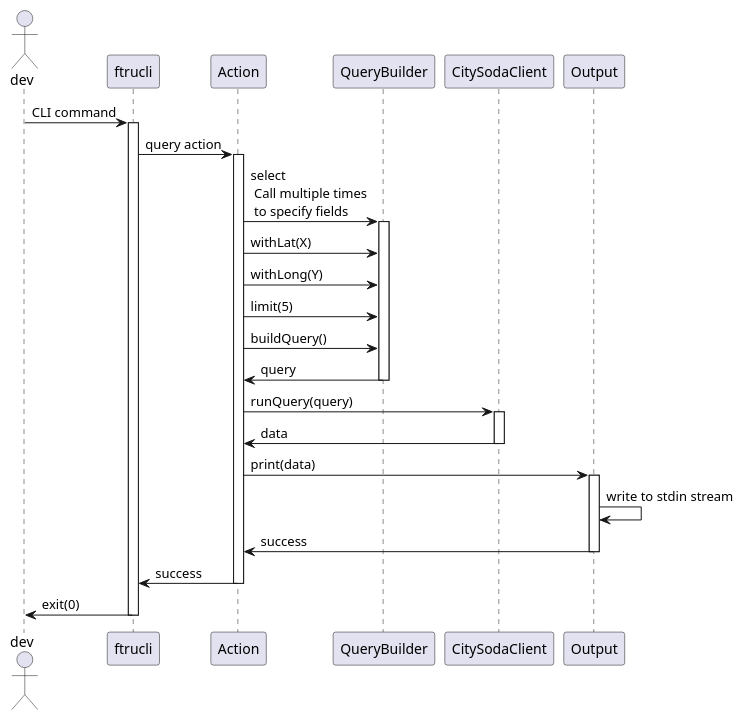
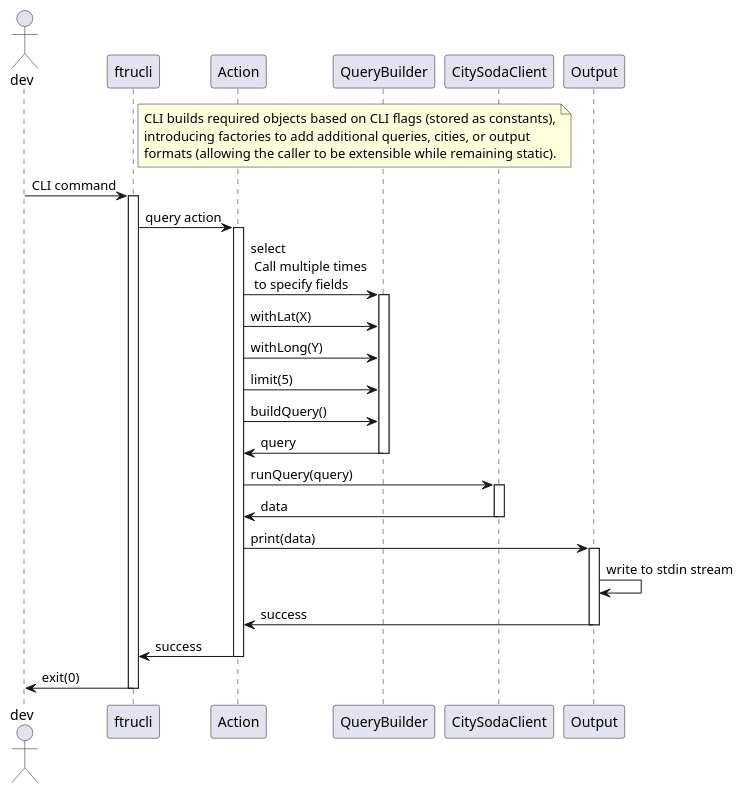
Before and after one commit to SpaceKatt/ftrucli: the diagram in docs/diagrams/user-data-flow.puml, drawn with PlantUML.

Commit message:
add note to diagram

```diff
--- a/docs/diagrams/user-data-flow.puml
+++ b/docs/diagrams/user-data-flow.puml
@@ -1,42 +1,48 @@
 @startuml
 
 actor dev
 participant ftrucli
 participant Action
 participant QueryBuilder
 participant CitySodaClient
 participant Output
+
+note right of ftrucli
+  CLI builds required objects based on CLI flags (stored as constants),
+  introducing factories to add additional queries, cities, or output
+  formats (allowing the caller to be extensible while remaining static).
+end note
 
 dev->ftrucli: CLI command
 activate ftrucli
 
 ftrucli->Action: query action
 activate Action
 
 Action->QueryBuilder: select\n Call multiple times\n to specify fields
 activate QueryBuilder
 Action->QueryBuilder: withLat(X)
 Action->QueryBuilder: withLong(Y)
 Action->QueryBuilder: limit(5)
 Action->QueryBuilder: buildQuery()
 QueryBuilder->Action: query
 deactivate QueryBuilder
 
 Action->CitySodaClient: runQuery(query)
 activate CitySodaClient
 CitySodaClient->Action: data
 deactivate CitySodaClient
 
 Action->Output: print(data)
 activate Output
 Output->Output: write to stdin stream
 Output->Action: success
 deactivate Output
 
 Action->ftrucli: success
 deactivate Action
 
 ftrucli->dev: exit(0)
 deactivate ftrucli
 
 @enduml
```
